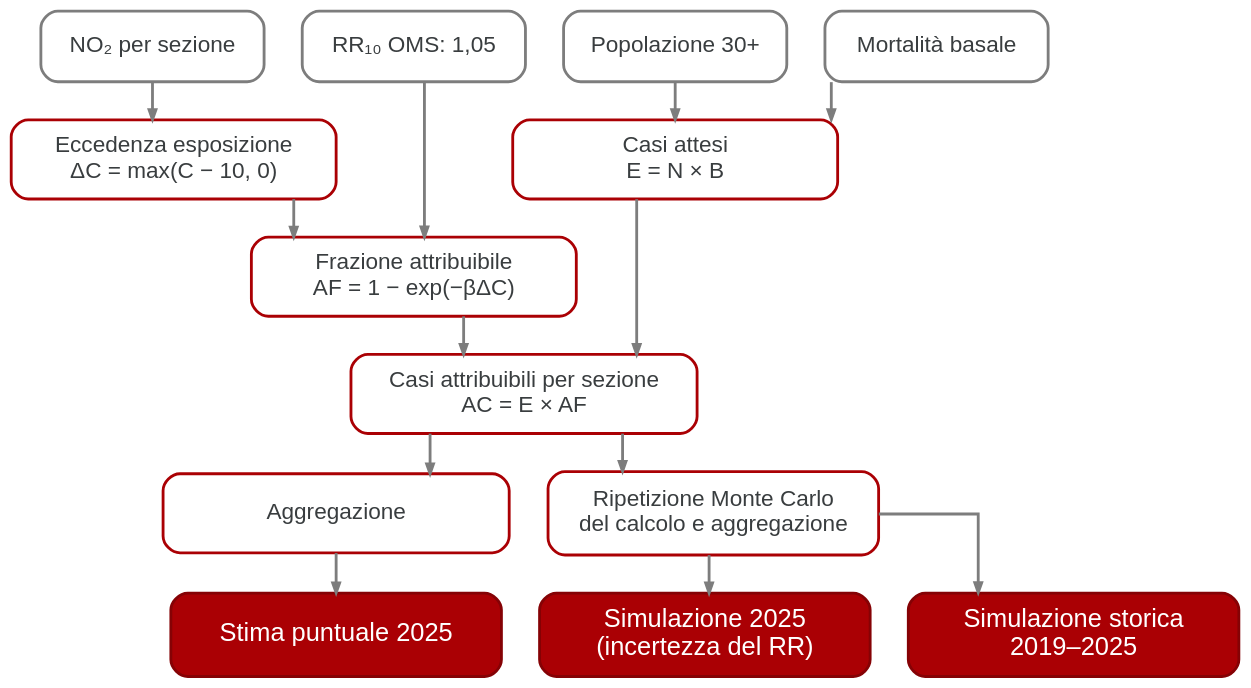
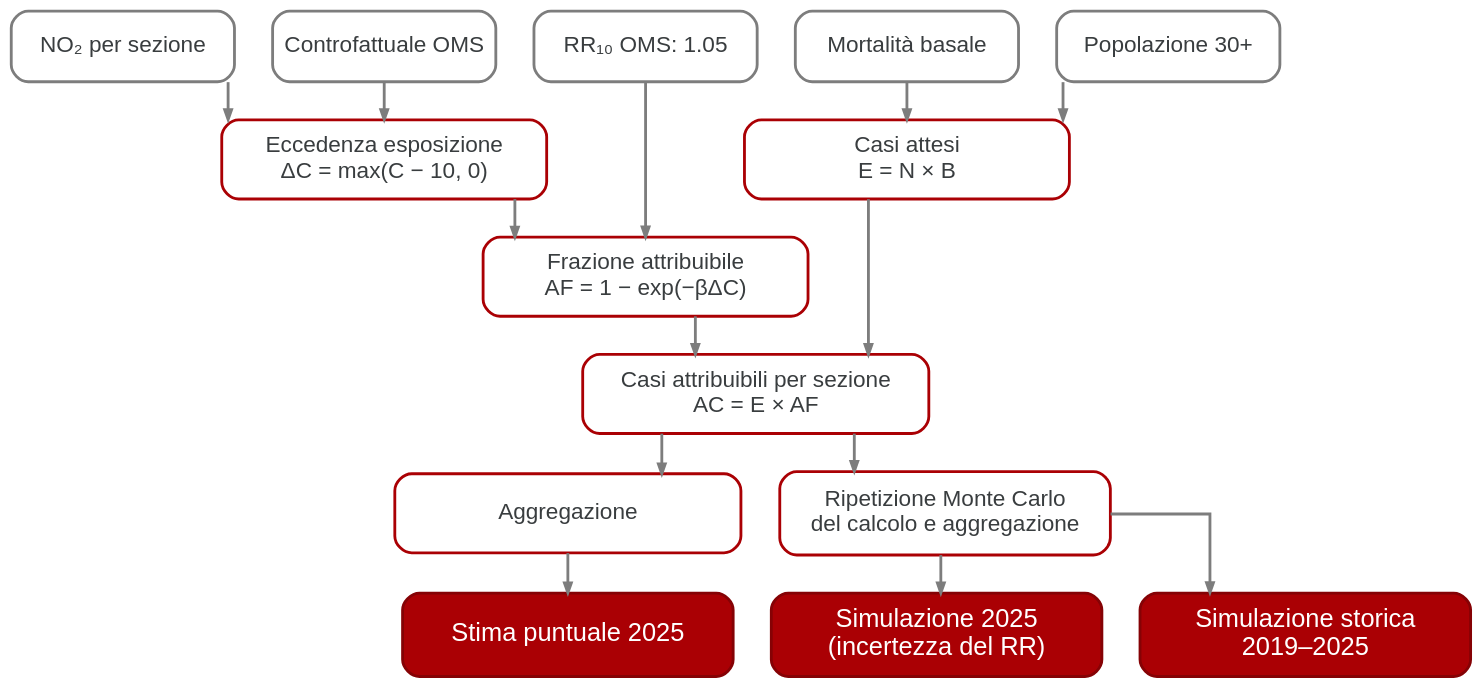
Before and after one commit to maxbre/aaaa_pw_brcps_slides: the diagram in my_slides_quarto_brcps26.qmd, drawn with Graphviz. The commit also changed other lines of this file and 1 other file, not shown here.

````diff
--- a/my_slides_quarto_brcps26.qmd
+++ b/my_slides_quarto_brcps26.qmd
@@ -86,6 +84,6 @@
 ```{dot}
-//| fig-width: 14
-//| fig-height: 7.2
+//| fig-width: 16
+//| fig-height: 8.5
 
 digraph VIS {
 
@@ -114,8 +112,17 @@
     arrowsize=0.7
   ];
 
-  A [
+  A1 [
     label="NO₂ per sezione",
+    width=2.20,
+    height=0.70,
+    fillcolor="#FFFFFF",
+    color="#7D7D7D",
+    fontcolor="#393D3F"
+  ];
+  
+   A2 [
+    label="Controfattuale OMS",
     width=2.20,
     height=0.70,
     fillcolor="#FFFFFF",
@@ -142,7 +149,7 @@
   ];
 
   D [
-    label="RR₁₀ OMS: 1,05",
+    label="RR₁₀ OMS: 1.05",
     width=2.20,
     height=0.70,
     fillcolor="#FFFFFF",
@@ -234,12 +241,13 @@
     fontcolor="#393D3F"
   ];
 
-  { rank=same; A; B; C; D; }
+  { rank=same; A1; A2; B; C; D; }
   { rank=same; E; F;}
   { rank=same; I; M; }
   { rank=same; J; K; L;}
 
-  A -> E;
+  A1 -> E;
+  A2 ->E;
   B -> F;
   C -> F;
   D -> G;
@@ -255,7 +263,7 @@
 /* trick: impone l’ordine orizzontale */
 J -> K [style=invis, weight=100];
 K -> L [style=invis, weight=100];
+A1 -> A2 [style=invis, weight=100];
 }
 
-
 ```
````
